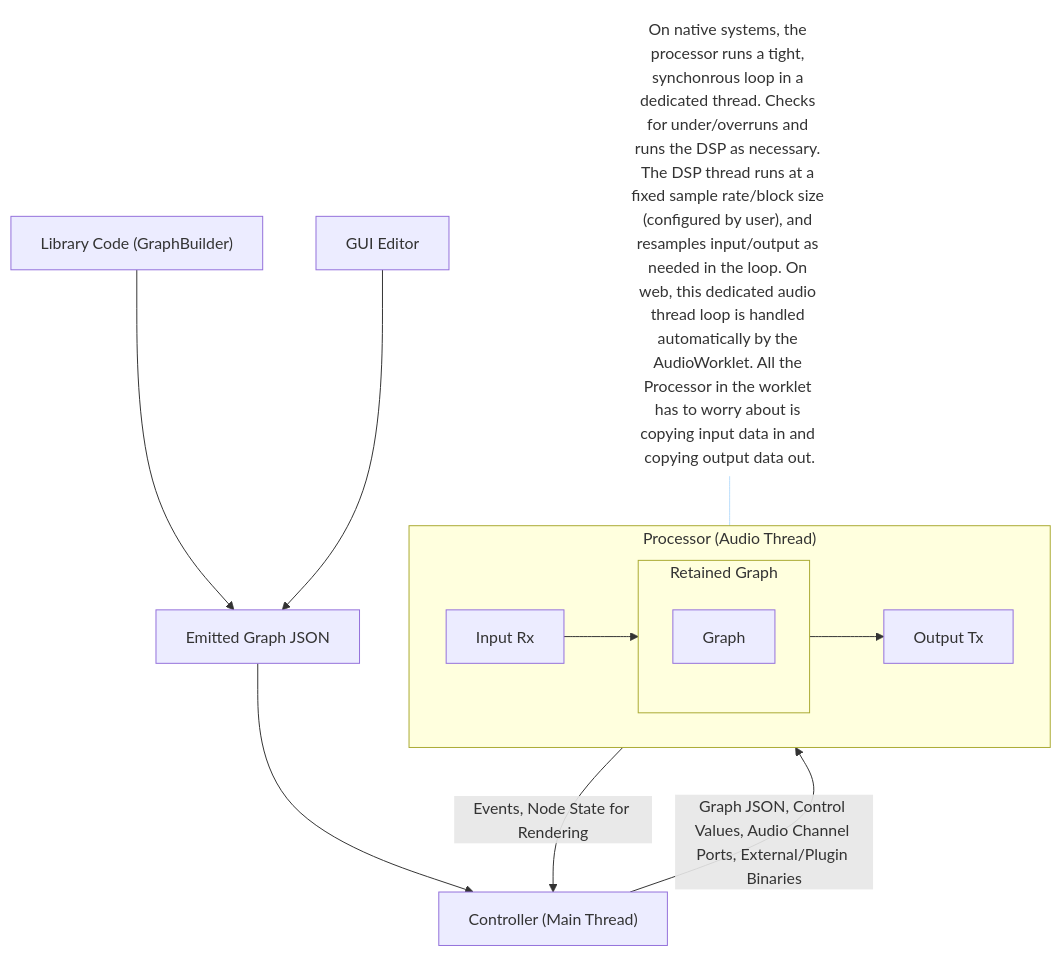
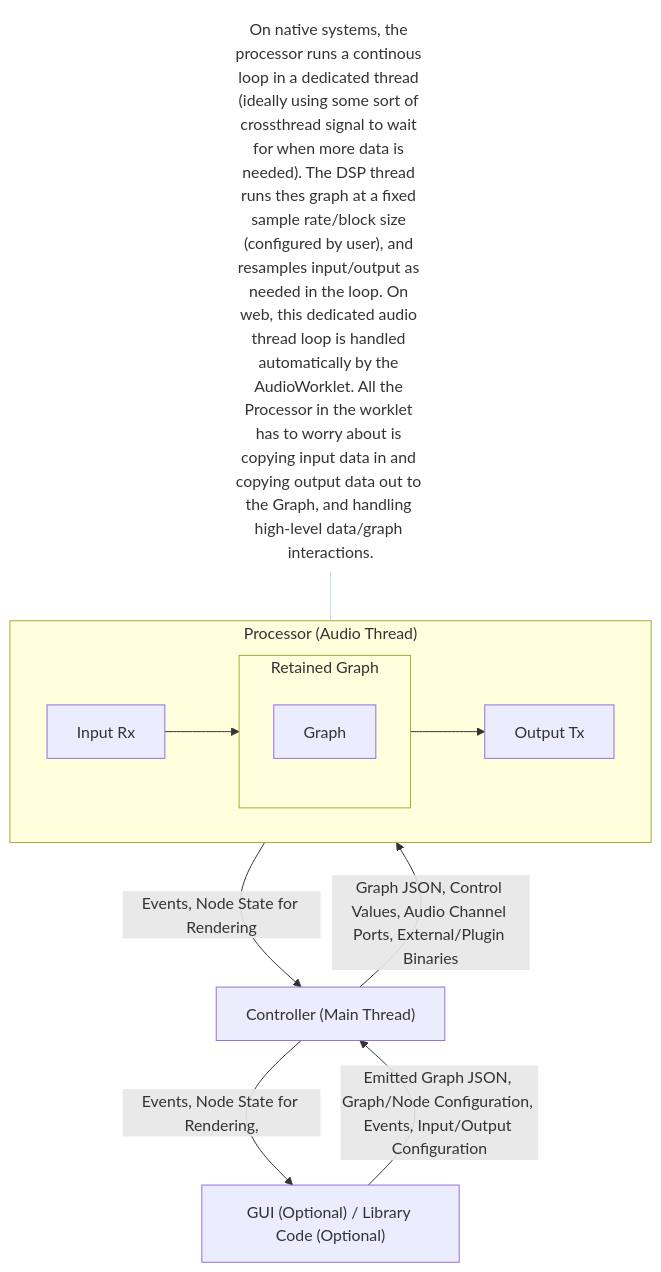
The diagram in ARCHITECTURE.mmd (austintheriot/resonix), drawn with Mermaid before and after one commit.

Commit message:
update architecture doc

```diff
--- a/ARCHITECTURE.mmd
+++ b/ARCHITECTURE.mmd
@@ -1,30 +1,27 @@
 ---
 config:
   layout: dagre
 ---
 flowchart TB
  subgraph rg["Retained Graph"]
         n1["Graph"]
   end
  subgraph s1["Processor (Audio Thread)"]
         n11["Input Rx"]
         n12["Output Tx"]
         rg
   end
-    n7["On native systems, the processor runs a tight, synchonrous loop in a dedicated thread. Checks for under/overruns and runs the DSP as necessary. The DSP thread runs at a fixed sample rate/block size (configured by user), and resamples input/output as needed in the loop. On web, this dedicated audio thread loop is handled automatically by the AudioWorklet. All the Processor in the worklet has to worry about is copying input data in and copying output data out."] --- s1
-    n8["Library Code (GraphBuilder)"] --> n9["Emitted Graph JSON"]
-    n10["GUI Editor"] --> n9
+    n7["On native systems, the processor runs a continous loop in a dedicated thread (ideally using some sort of crossthread signal to wait for when more data is needed). The DSP thread runs thes graph at a fixed sample rate/block size (configured by user), and resamples input/output as needed in the loop. On web, this dedicated audio thread loop is handled automatically by the AudioWorklet. All the Processor in the worklet has to worry about is copying input data in and copying output data out to the Graph, and handling high-level data/graph interactions."] --- s1
     n11 --> rg
     s1 -- Events, Node State for Rendering --> n13["Controller (Main Thread)"]
     n13 -- Graph JSON, Control Values, Audio Channel Ports, External/Plugin Binaries --> s1
-    n9 --> n13
     rg --> n12
+    n13 -- Events, Node State for Rendering, --> n14["GUI (Optional) / Library Code (Optional)"]
+    n14 -- Emitted Graph JSON, Graph/Node Configuration, Events, Input/Output Configuration --> n13
 
     n1@{ shape: rect}
     n11@{ shape: rect}
     n7@{ shape: text}
-    n8@{ shape: rect}
-    n9@{ shape: rect}
-    n10@{ shape: rect}
     n13@{ shape: rect}
+    n14@{ shape: rect}
     linkStyle 0 stroke:#BBDEFB,fill:none
```
